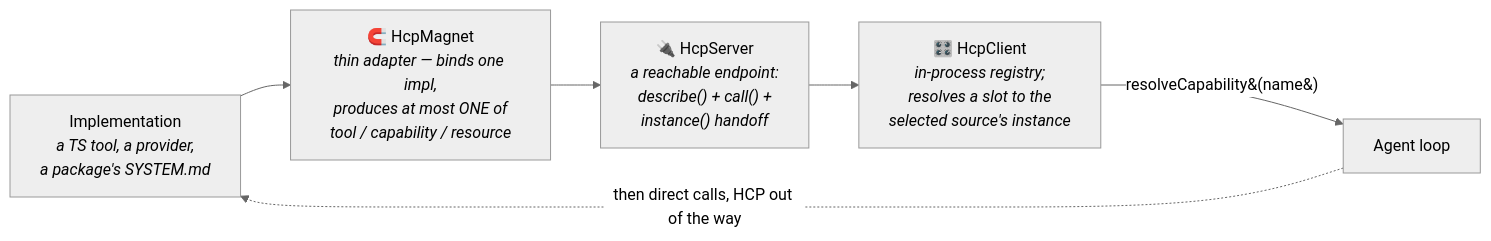
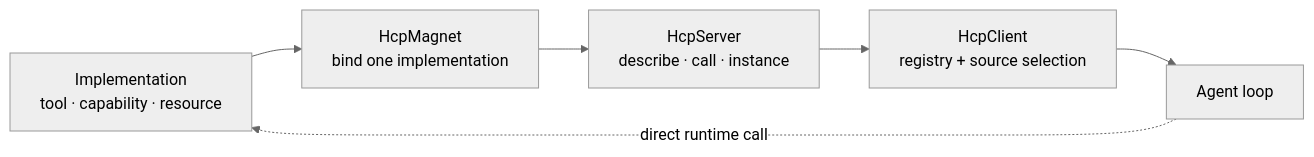
Before and after one commit to Minions-Land/Magenta: the fifth of 6 diagrams in README.md, drawn with Mermaid (neutral theme). The commit also changed other lines of this file, not shown here.

````diff
--- a/README.md
+++ b/README.md
@@ -137,12 +372,11 @@
 ```mermaid
 flowchart LR
-    IMPL["Implementation<br/><i>a TS tool, a provider,<br/>a package's SYSTEM.md</i>"]
-    MAG["🧲 HcpMagnet<br/><i>thin adapter — binds one impl,<br/>produces at most ONE of<br/>tool / capability / resource</i>"]
-    SRV["🔌 HcpServer<br/><i>a reachable endpoint:<br/>describe() + call() +<br/>instance() handoff</i>"]
-    CLI["🎛️ HcpClient<br/><i>in-process registry;<br/>resolves a slot to the<br/>selected source's instance</i>"]
+    IMPL["Implementation<br/>tool · capability · resource"]
+    MAGNET["HcpMagnet<br/>bind one implementation"]
+    SERVER["HcpServer<br/>describe · call · instance"]
+    CLIENT["HcpClient<br/>registry + source selection"]
     LOOP["Agent loop"]
 
-    IMPL --> MAG --> SRV --> CLI
-    CLI -->|resolveCapability&#40;name&#41;| LOOP
-    LOOP -.->|"then direct calls, HCP out of the way"| IMPL
+    IMPL --> MAGNET --> SERVER --> CLIENT --> LOOP
+    LOOP -.->|"direct runtime call"| IMPL
 ```
````
